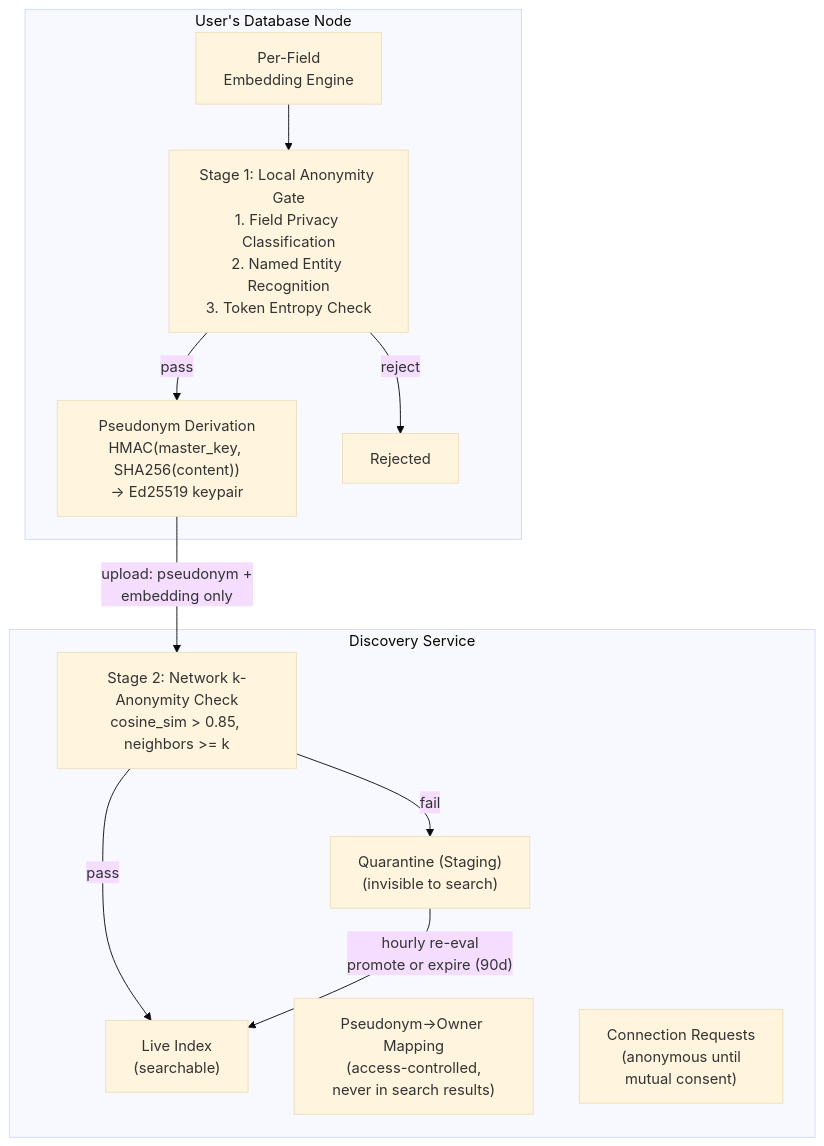
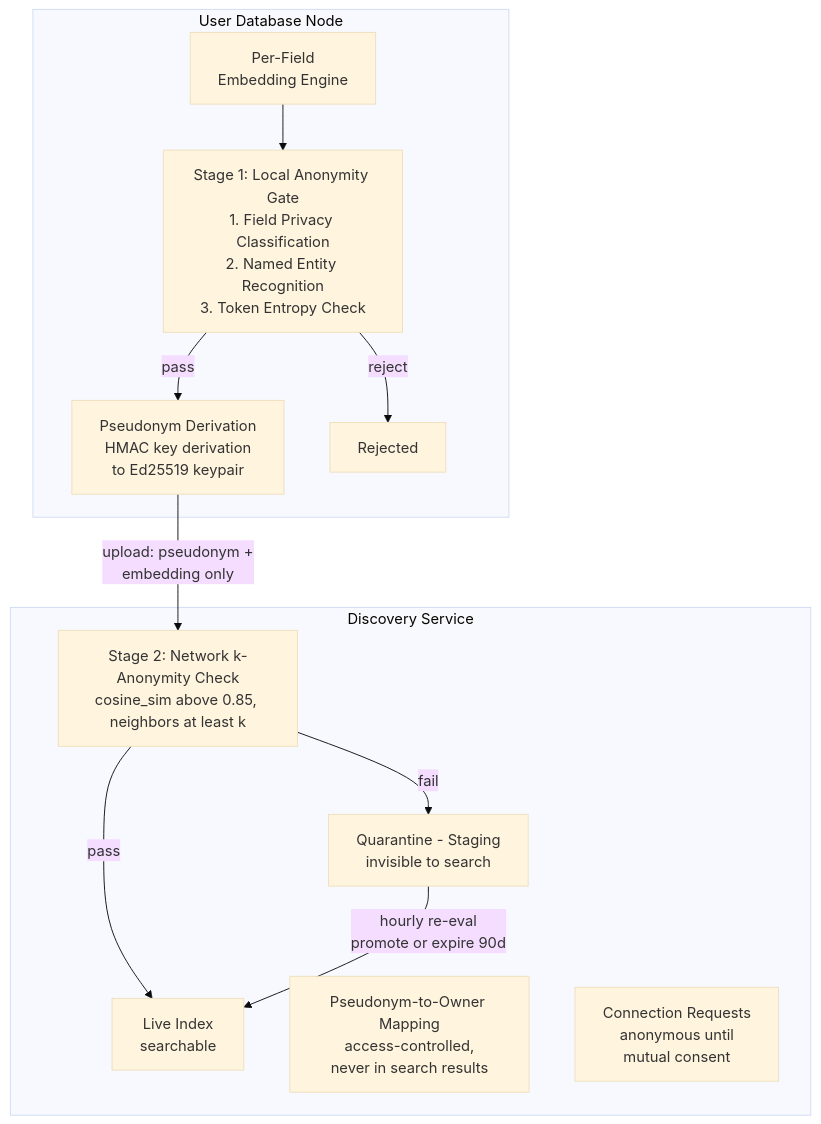
Before and after one commit to EdgeVector/edgevector-website: the first of 4 diagrams in public/docs/corporate/patent_vectorized_discovery.md, drawn with Mermaid (base theme). The commit also changed 5 other files, not shown here.

First line of the commit message:
fix: render mermaid diagrams in patent PDFs and clean mermaid syntax

````diff
--- a/public/docs/corporate/patent_vectorized_discovery.md
+++ b/public/docs/corporate/patent_vectorized_discovery.md
@@ -82,19 +82,19 @@
 ```mermaid
 graph TD
-    subgraph UserNode["User's Database Node"]
+    subgraph UserNode["User Database Node"]
         Embed["Per-Field<br/>Embedding Engine"] --> Gate["Stage 1: Local Anonymity Gate<br/>1. Field Privacy Classification<br/>2. Named Entity Recognition<br/>3. Token Entropy Check"]
-        Gate -->|pass| Pseudo["Pseudonym Derivation<br/>HMAC(master_key, SHA256(content))<br/>→ Ed25519 keypair"]
+        Gate -->|pass| Pseudo["Pseudonym Derivation<br/>HMAC key derivation<br/>to Ed25519 keypair"]
         Gate -->|reject| Dropped["Rejected"]
     end
 
     Pseudo -->|"upload: pseudonym +<br/>embedding only"| Stage2
 
     subgraph Discovery["Discovery Service"]
-        Stage2["Stage 2: Network k-Anonymity Check<br/>cosine_sim > 0.85, neighbors >= k"]
-        Stage2 -->|pass| Live["Live Index<br/>(searchable)"]
-        Stage2 -->|fail| Quarantine["Quarantine (Staging)<br/>(invisible to search)"]
-        Quarantine -->|"hourly re-eval<br/>promote or expire (90d)"| Live
-        OwnerMap["Pseudonym→Owner Mapping<br/>(access-controlled,<br/>never in search results)"]
-        ConnReq["Connection Requests<br/>(anonymous until<br/>mutual consent)"]
+        Stage2["Stage 2: Network k-Anonymity Check<br/>cosine_sim above 0.85, neighbors at least k"]
+        Stage2 -->|pass| Live["Live Index<br/>searchable"]
+        Stage2 -->|fail| Quarantine["Quarantine - Staging<br/>invisible to search"]
+        Quarantine -->|"hourly re-eval<br/>promote or expire 90d"| Live
+        OwnerMap["Pseudonym-to-Owner Mapping<br/>access-controlled,<br/>never in search results"]
+        ConnReq["Connection Requests<br/>anonymous until<br/>mutual consent"]
     end
 ```
````
